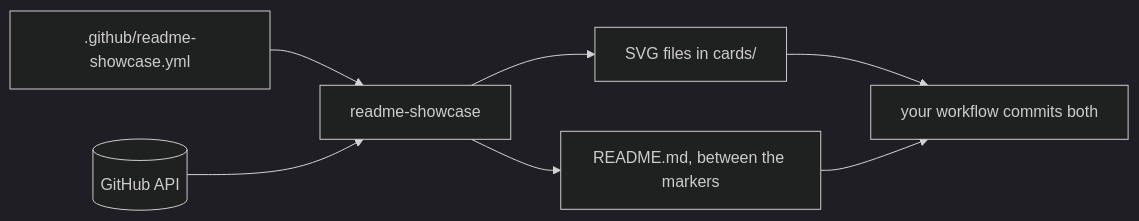
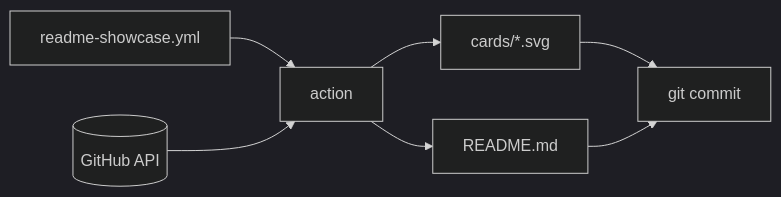
Before and after one commit to nao1215/action-readme-showcase: the first of 5 diagrams in README.md, drawn with Mermaid (dark theme). The commit also changed other lines of this file, not shown here.

First line of the commit message:
docs: shorten mermaid labels so GitHub does not clip them

````diff
--- a/README.md
+++ b/README.md
@@ -23,9 +23,9 @@
 ```mermaid
 flowchart LR
-  config[".github/readme-showcase.yml"] --> action["readme-showcase"]
+  config["readme-showcase.yml"] --> action["action"]
   api[("GitHub API")] --> action
-  action --> svg["SVG files in cards/"]
-  action --> readme["README.md, between the markers"]
-  svg --> commit["your workflow commits both"]
+  action --> svg["cards/*.svg"]
+  action --> readme["README.md"]
+  svg --> commit["git commit"]
   readme --> commit
 ```
````
